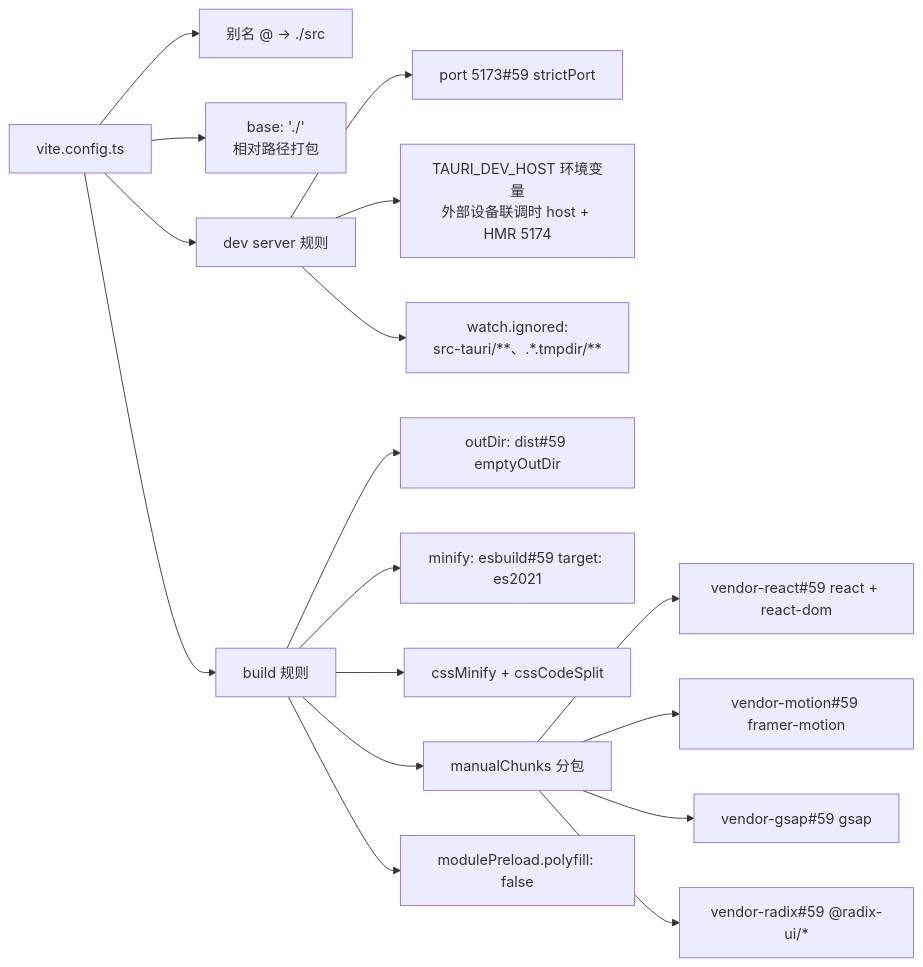
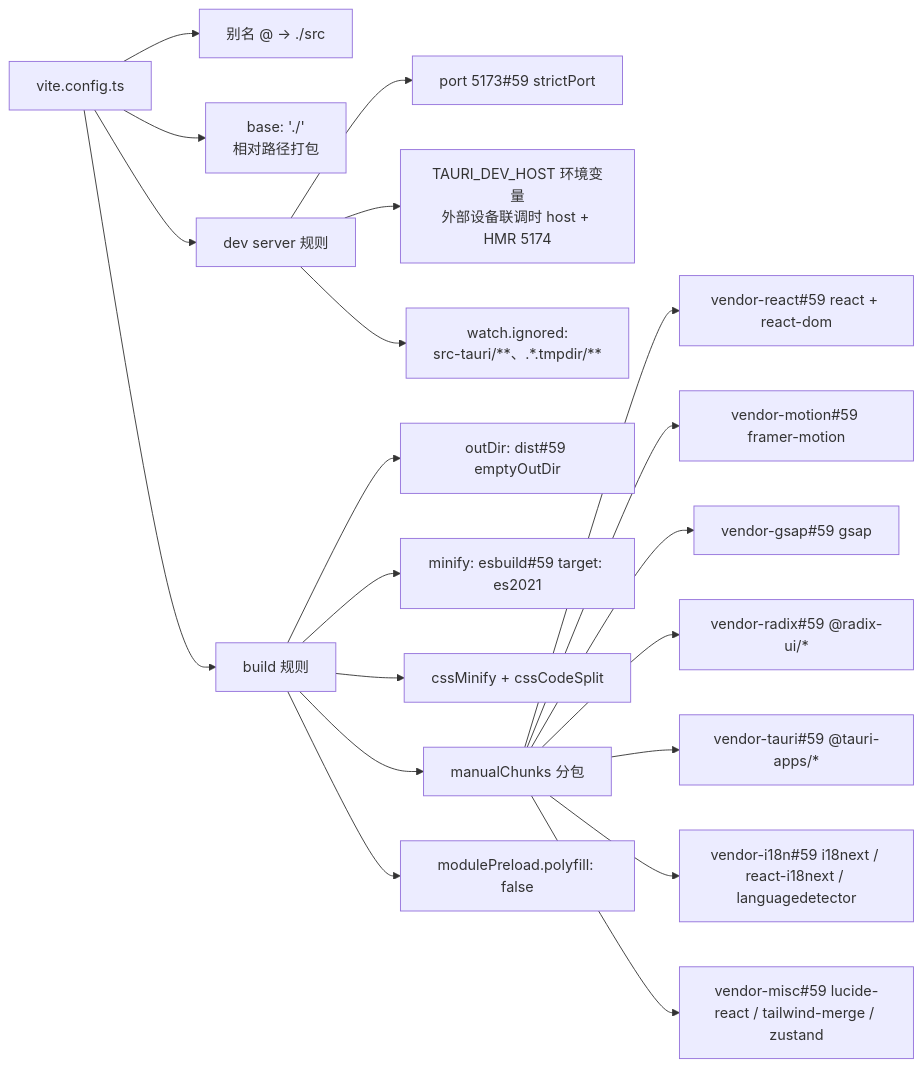
One commit to ikliml666/Wxxy-CampusLogin changed the second of 3 diagrams in .codewiki/modules/build-deployment-configuration-desktop-build.md. Above: the diagram before and after it, drawn with Mermaid. The commit also changed other lines of this file and 6 other files, not shown here.

````diff
--- a/.codewiki/modules/build-deployment-configuration-desktop-build.md
+++ b/.codewiki/modules/build-deployment-configuration-desktop-build.md
@@ -124,22 +124,25 @@
 ```mermaid
 flowchart LR
     CFG["vite.config.ts"] --> ALIAS["别名 @ → ./src"]
     CFG --> BASE["base: './'<br/>相对路径打包"]
     CFG --> SRV["dev server 规则"]
     CFG --> BLD["build 规则"]
 
     SRV --> PORT["port 5173#59 strictPort"]
     SRV --> HOST["TAURI_DEV_HOST 环境变量<br/>外部设备联调时 host + HMR 5174"]
     SRV --> WATCH["watch.ignored:<br/>src-tauri/**、.*.tmpdir/**"]
 
     BLD --> OUT["outDir: dist#59 emptyOutDir"]
     BLD --> MIN["minify: esbuild#59 target: es2021"]
     BLD --> CSS["cssMinify + cssCodeSplit"]
     BLD --> CHUNKS["manualChunks 分包"]
     BLD --> PRE["modulePreload.polyfill: false"]
 
     CHUNKS --> C1["vendor-react#59 react + react-dom"]
     CHUNKS --> C2["vendor-motion#59 framer-motion"]
     CHUNKS --> C3["vendor-gsap#59 gsap"]
     CHUNKS --> C4["vendor-radix#59 @radix-ui/*"]
+    CHUNKS --> C5["vendor-tauri#59 @tauri-apps/*"]
+    CHUNKS --> C6["vendor-i18n#59 i18next / react-i18next / languagedetector"]
+    CHUNKS --> C7["vendor-misc#59 lucide-react / tailwind-merge / zustand"]
 ```
````
